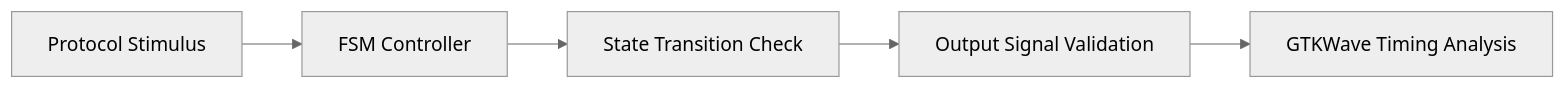
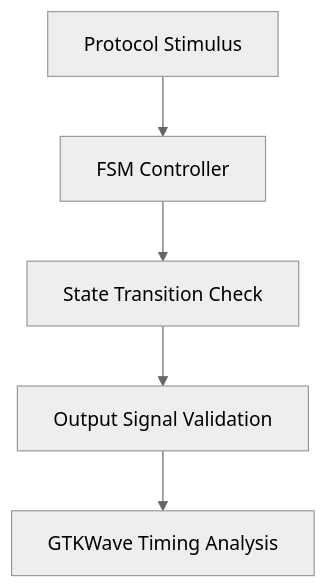
Before and after one commit to ronok-shahariar/ronok-shahariar.github.io: the fifth of 6 diagrams in _portfolio/2024-08-digital-logic-fifos-fsm.md, drawn with Mermaid (neutral theme). The commit also changed other lines of this file and 11 other files, not shown here.

Commit message:
minor figure error

````diff
--- a/_portfolio/2024-08-digital-logic-fifos-fsm.md
+++ b/_portfolio/2024-08-digital-logic-fifos-fsm.md
@@ -276,22 +274,14 @@
 ```mermaid
-flowchart LR
+flowchart TD
 
     INPUT["Protocol Stimulus"]
-
     FSM["FSM Controller"]
-
     STATE["State Transition Check"]
-
     OUTPUT["Output Signal Validation"]
-
     WAVE["GTKWave Timing Analysis"]
 
     INPUT --> FSM
-
     FSM --> STATE
-
     STATE --> OUTPUT
-
     OUTPUT --> WAVE
-
 ```
````
